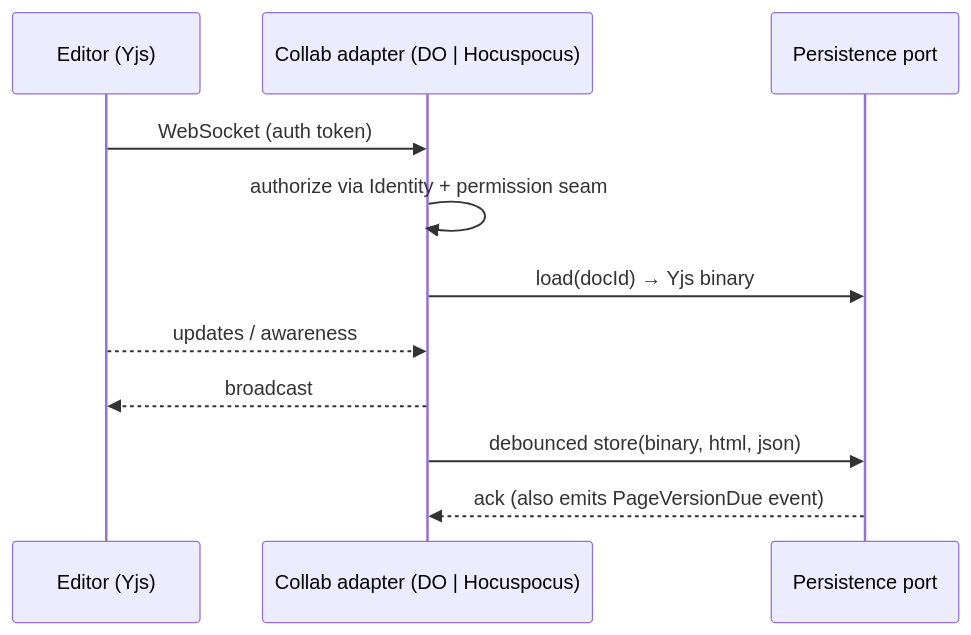
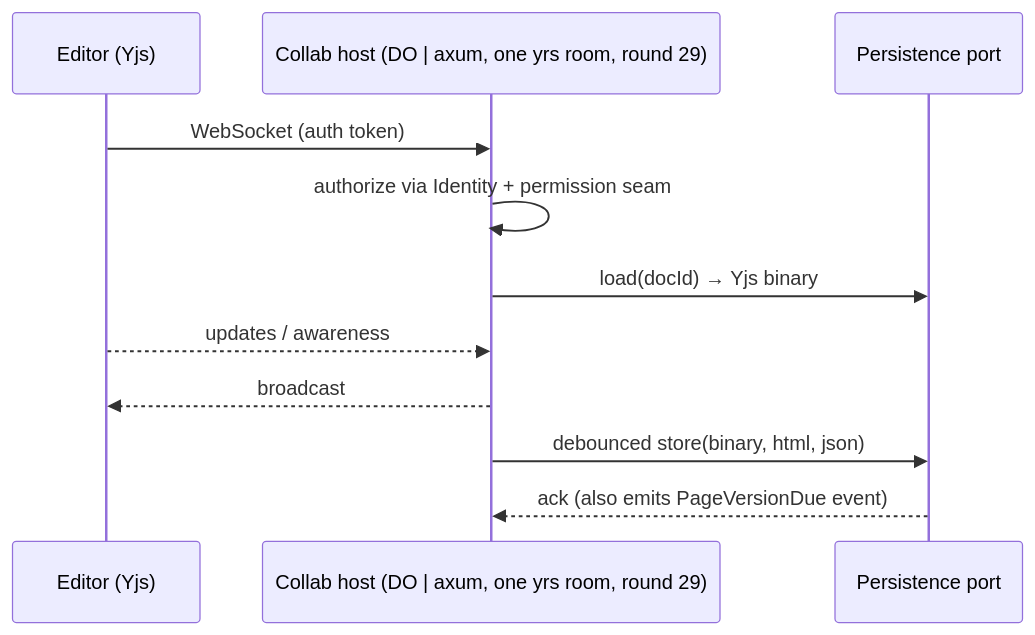
The sixth of 6 diagrams in .agents/plans/contrail/ARCHITECTURE.md (aRustyDev/thrust), drawn with Mermaid before and after one commit. The commit also changed other lines of this file and 16 other files, not shown here.

````diff
--- a/.agents/plans/contrail/ARCHITECTURE.md
+++ b/.agents/plans/contrail/ARCHITECTURE.md
@@ -195,13 +210,13 @@
 ```mermaid
 sequenceDiagram
   participant E as Editor (Yjs)
-  participant S as Collab adapter (DO | Hocuspocus)
+  participant S as Collab host (DO | axum, one yrs room, round 29)
   participant P as Persistence port
   E->>S: WebSocket (auth token)
   S->>S: authorize via Identity + permission seam
   S->>P: load(docId) → Yjs binary
   E-->>S: updates / awareness
   S-->>E: broadcast
   S->>P: debounced store(binary, html, json)
   P-->>S: ack  (also emits PageVersionDue event)
 ```
````
